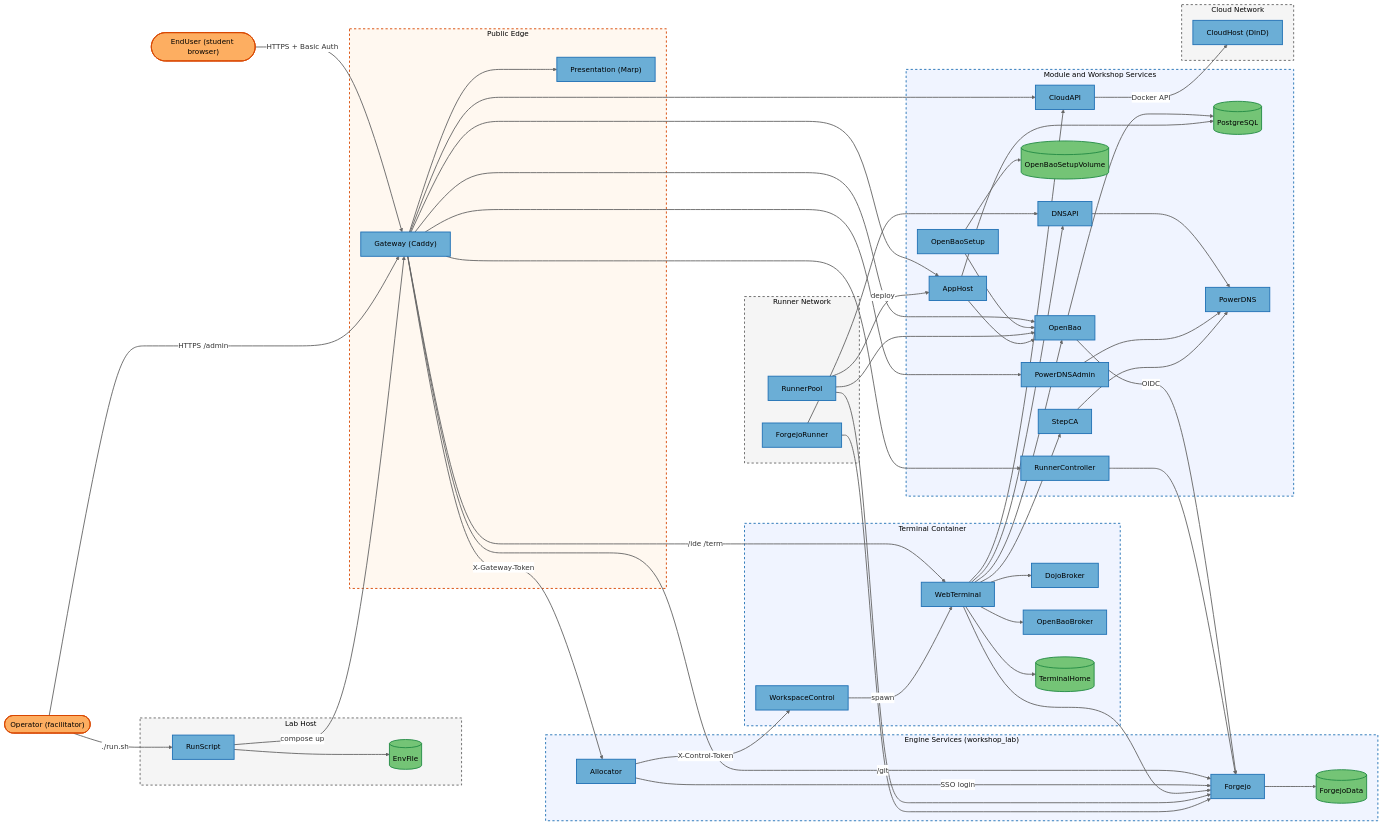
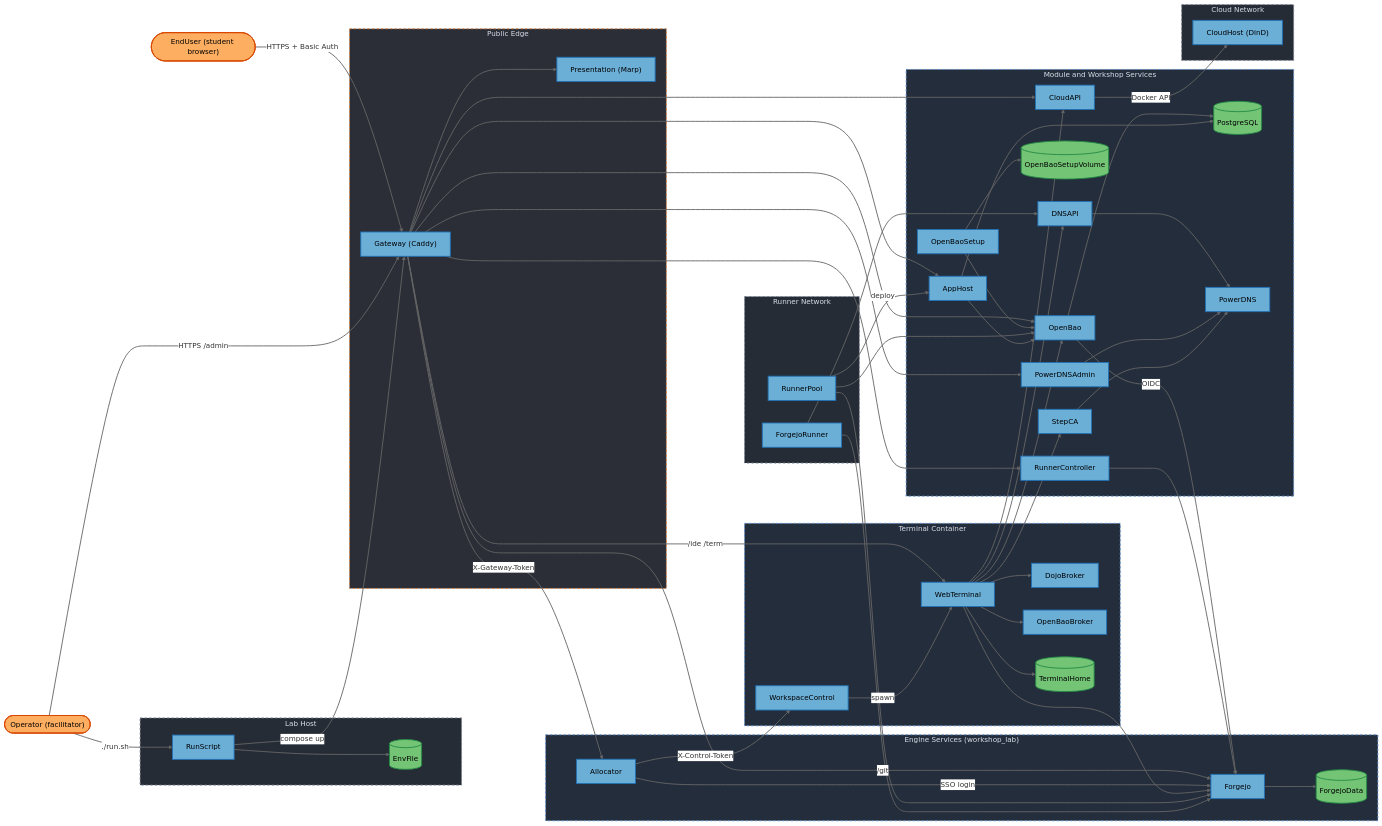
Before and after one commit to fiddler110/GitOps_Dojo: the first of 4 diagrams in threat-model-20260926-154208/0.1-architecture.md, drawn with Mermaid. The commit also changed other lines of this file and 6 other files, not shown here.

First line of the commit message:
Fold the threat-model remediation plan in and add a root ROADMAP.md

````diff
--- a/threat-model-20260926-154208/0.1-architecture.md
+++ b/threat-model-20260926-154208/0.1-architecture.md
@@ -42,6 +42,6 @@
 ```mermaid
+flowchart LR
 %%{init: {'theme': 'base', 'themeVariables': { 'background': '#ffffff', 'primaryColor': '#ffffff', 'lineColor': '#666666' }}}%%
-flowchart LR
     classDef service fill:#6baed6,stroke:#2171b5,stroke-width:2px,color:#000000
     classDef external fill:#fdae61,stroke:#d94701,stroke-width:2px,color:#000000
     classDef datastore fill:#74c476,stroke:#238b45,stroke-width:2px,color:#000000
@@ -140,11 +140,11 @@
     PowerDNSAdmin --> PowerDNS
     StepCA --> PowerDNS
 
-    style Host fill:#f5f5f5,stroke:#666666,stroke-width:2px,stroke-dasharray: 5 5
-    style Edge fill:#fff8f0,stroke:#d94701,stroke-width:2px,stroke-dasharray: 5 5
-    style Engine fill:#f0f4ff,stroke:#2171b5,stroke-width:2px,stroke-dasharray: 5 5
-    style Term fill:#f0f4ff,stroke:#2171b5,stroke-width:2px,stroke-dasharray: 5 5
-    style Modules fill:#f0f4ff,stroke:#2171b5,stroke-width:2px,stroke-dasharray: 5 5
-    style Runners fill:#f5f5f5,stroke:#666666,stroke-width:2px,stroke-dasharray: 5 5
-    style Cloud fill:#f5f5f5,stroke:#666666,stroke-width:2px,stroke-dasharray: 5 5
+    style Host fill:#262c36,stroke:#7a8494,stroke-width:2px,color:#d8dee9,stroke-dasharray: 5 5
+    style Edge fill:#2b2e37,stroke:#d9823f,stroke-width:2px,color:#d8dee9,stroke-dasharray: 5 5
+    style Engine fill:#242d3b,stroke:#5b8fd1,stroke-width:2px,color:#d8dee9,stroke-dasharray: 5 5
+    style Term fill:#242d3b,stroke:#5b8fd1,stroke-width:2px,color:#d8dee9,stroke-dasharray: 5 5
+    style Modules fill:#242d3b,stroke:#5b8fd1,stroke-width:2px,color:#d8dee9,stroke-dasharray: 5 5
+    style Runners fill:#262c36,stroke:#7a8494,stroke-width:2px,color:#d8dee9,stroke-dasharray: 5 5
+    style Cloud fill:#262c36,stroke:#7a8494,stroke-width:2px,color:#d8dee9,stroke-dasharray: 5 5
 ```
````
